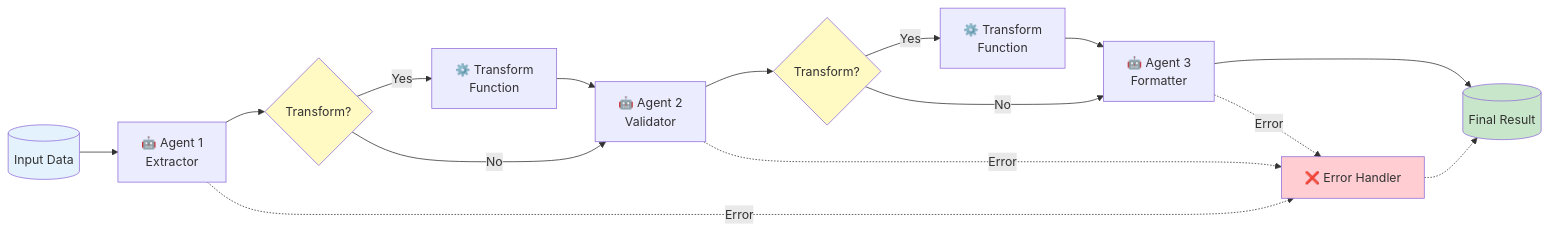
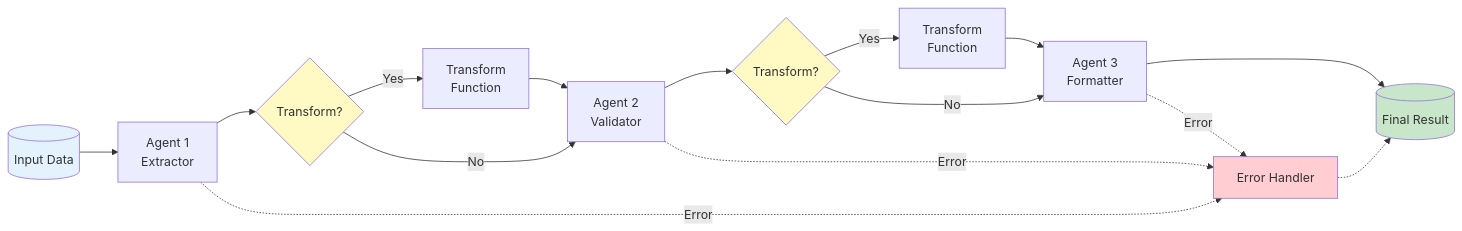
One commit to HelgeSverre/pagent changed the second of 9 diagrams in docs/orchestration-workflows.md. Above: the diagram before and after it, drawn with Mermaid. The commit also changed other lines of this file and 239 other files, not shown here.

````diff
--- a/docs/orchestration-workflows.md
+++ b/docs/orchestration-workflows.md
@@ -75,28 +77,28 @@
 ```mermaid
 flowchart LR
     Input[("Input Data")]
 
-    Input --> Agent1["🤖 Agent 1<br/>Extractor"]
+    Input --> Agent1["Agent 1<br/>Extractor"]
     Agent1 --> T1{Transform?}
-    T1 -->|Yes| TF1["⚙️ Transform<br/>Function"]
+    T1 -->|Yes| TF1["Transform<br/>Function"]
     T1 -->|No| Agent2
-    TF1 --> Agent2["🤖 Agent 2<br/>Validator"]
+    TF1 --> Agent2["Agent 2<br/>Validator"]
 
     Agent2 --> T2{Transform?}
-    T2 -->|Yes| TF2["⚙️ Transform<br/>Function"]
+    T2 -->|Yes| TF2["Transform<br/>Function"]
     T2 -->|No| Agent3
-    TF2 --> Agent3["🤖 Agent 3<br/>Formatter"]
+    TF2 --> Agent3["Agent 3<br/>Formatter"]
 
     Agent3 --> Output[("Final Result")]
 
-    Agent1 -.->|Error| EH["❌ Error Handler"]
+    Agent1 -.->|Error| EH["Error Handler"]
     Agent2 -.->|Error| EH
     Agent3 -.->|Error| EH
     EH -.-> Output
 
     style Input fill:#e3f2fd
     style Output fill:#c8e6c9
     style EH fill:#ffcdd2
     style T1 fill:#fff9c4
     style T2 fill:#fff9c4
 ```
````
